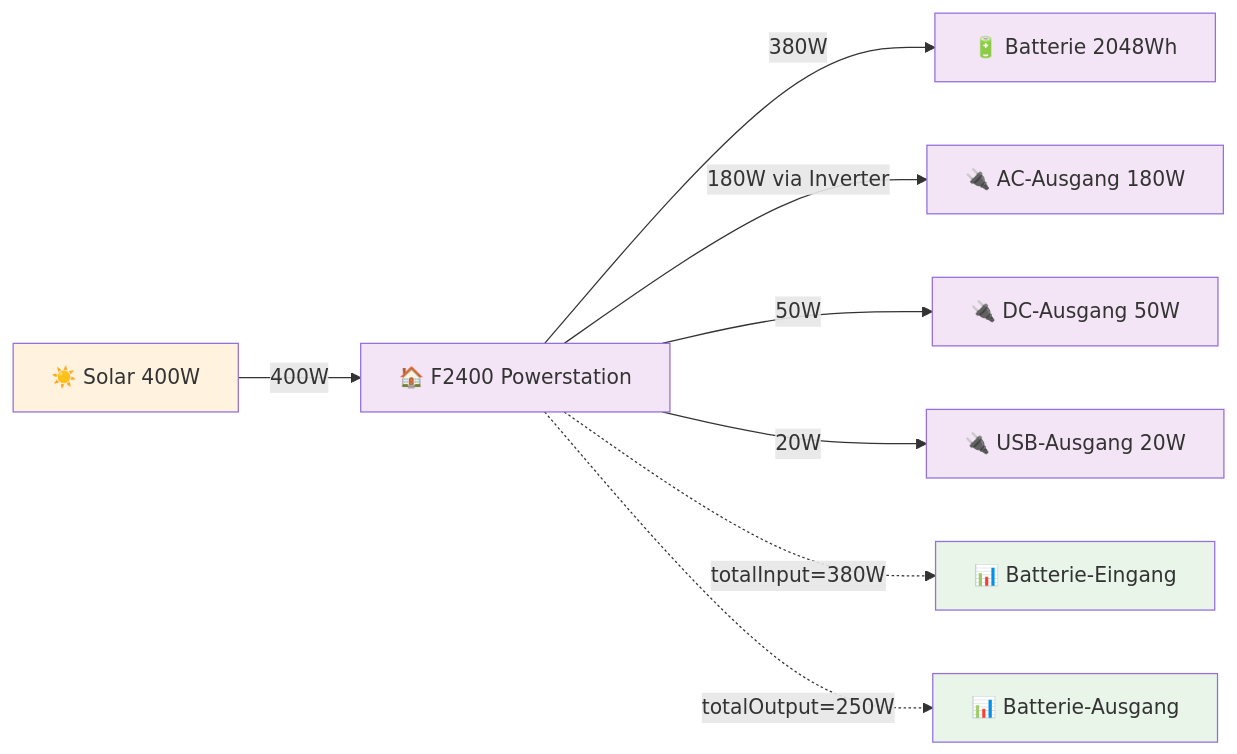
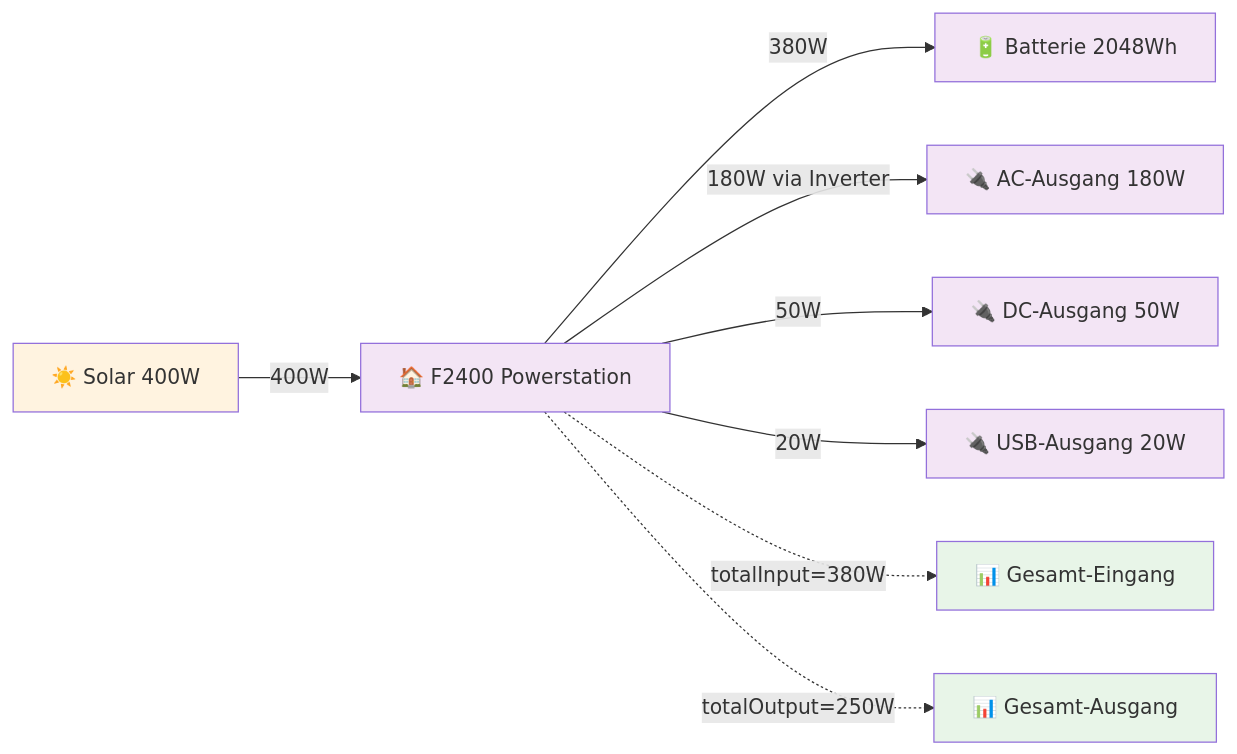
The second of 4 diagrams in README.md (tkaufmann/fossibot-ipsymcon), drawn with Mermaid before and after one commit. The commit also changed other lines of this file and 1 other file, not shown here.

First line of the commit message:
Korrigiere Labels: 'Batterie' → 'Gesamt' nach API-Analyse

````diff
--- a/README.md
+++ b/README.md
@@ -183,22 +183,22 @@
 ```mermaid
 flowchart LR
     Solar[☀️ Solar 400W] -->|400W| F2400[🏠 F2400 Powerstation]
     
     F2400 -->|380W| Battery[🔋 Batterie 2048Wh]
     F2400 -->|180W via Inverter| ACOut[🔌 AC-Ausgang 180W]
     F2400 -->|50W| DCOut[🔌 DC-Ausgang 50W]
     F2400 -->|20W| USBOut[🔌 USB-Ausgang 20W]
     
-    %% MQTT Messwerte
-    F2400 -.->|totalInput=380W| MQTT1[📊 Batterie-Eingang]
-    F2400 -.->|totalOutput=250W| MQTT2[📊 Batterie-Ausgang]
+    %% MQTT Messwerte (Gesamt-System)
+    F2400 -.->|totalInput=380W| MQTT1[📊 Gesamt-Eingang]
+    F2400 -.->|totalOutput=250W| MQTT2[📊 Gesamt-Ausgang]
     
     %% Styling
     classDef power fill:#fff3e0
     classDef device fill:#f3e5f5
     classDef mqtt fill:#e8f5e8
     
     class Solar power
     class F2400,ACOut,DCOut,USBOut,Battery device
     class MQTT1,MQTT2 mqtt
 ```
````
